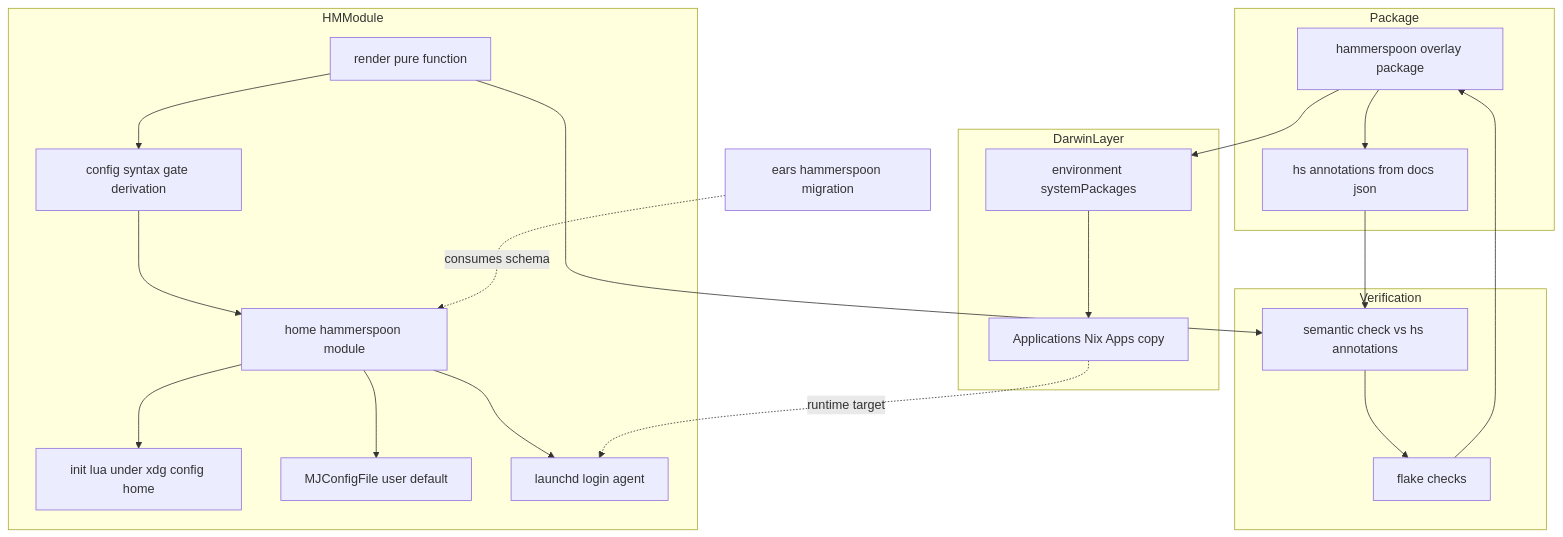
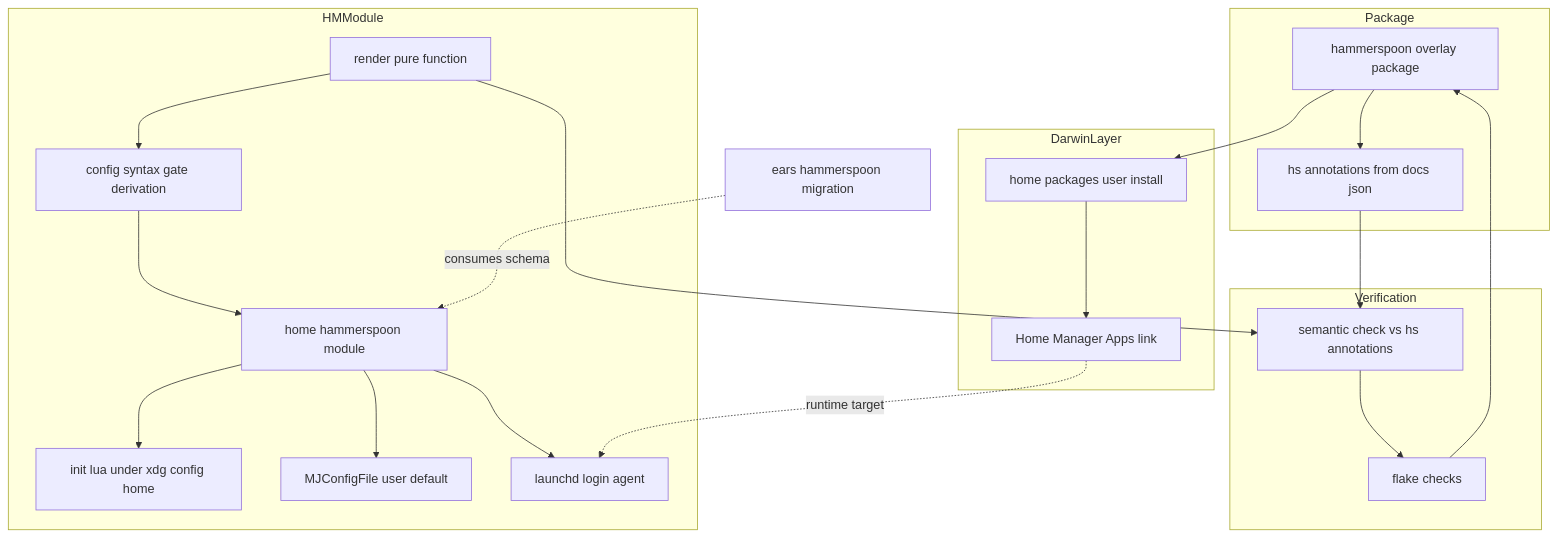
The first of 3 diagrams in .kiro/specs/hammerspoon-keybindings/design.md (DWSR/nix-config), drawn with Mermaid before and after one commit. The commit also changed other lines of this file and 7 other files, not shown here.

First line of the commit message:
refactor(hammerspoon-keybindings): install per-user via home.packages

````diff
--- a/.kiro/specs/hammerspoon-keybindings/design.md
+++ b/.kiro/specs/hammerspoon-keybindings/design.md
@@ -106,37 +107,37 @@
 ```mermaid
 graph TB
   subgraph Package
     Pkg[hammerspoon overlay package]
     Annot[hs annotations from docs json]
   end
   subgraph DarwinLayer
-    SysPkgs[environment systemPackages]
-    NixApps[Applications Nix Apps copy]
+    SysPkgs[home packages user install]
+    NixApps[Home Manager Apps link]
   end
   subgraph HMModule
     Render[render pure function]
     Syntax[config syntax gate derivation]
     Module[home hammerspoon module]
     InitLua[init lua under xdg config home]
     Default[MJConfigFile user default]
     Agent[launchd login agent]
   end
   subgraph Verification
     Checks[flake checks]
     Semantic[semantic check vs hs annotations]
   end
   Pkg --> SysPkgs
   SysPkgs --> NixApps
   Pkg --> Annot
   Render --> Syntax
   Syntax --> Module
   Module --> InitLua
   Module --> Default
   Module --> Agent
   NixApps -.runtime target.-> Agent
   Checks --> Pkg
   Render --> Semantic
   Annot --> Semantic
   Semantic --> Checks
   Migration[ears hammerspoon migration] -.consumes schema.-> Module
 ```
````
